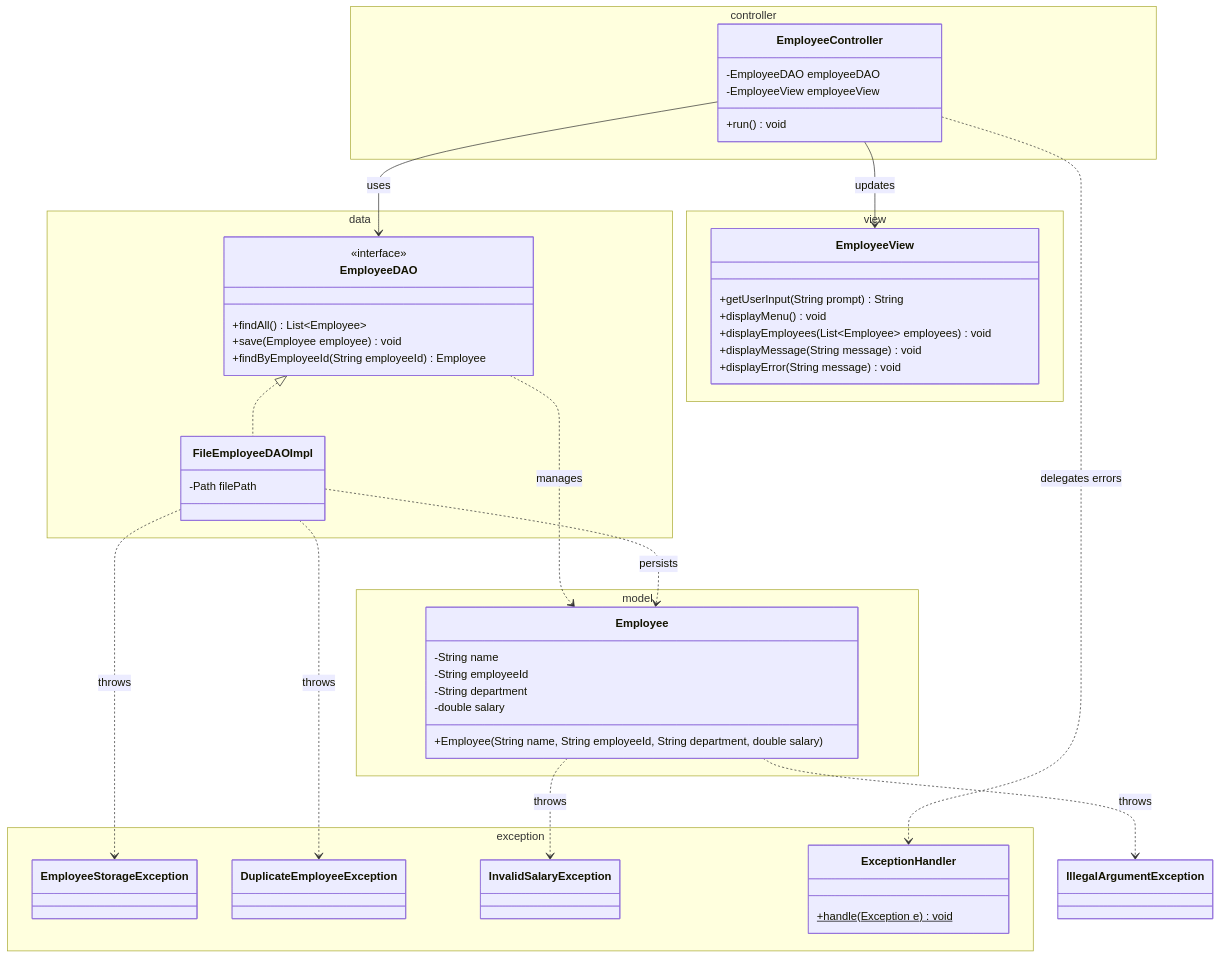
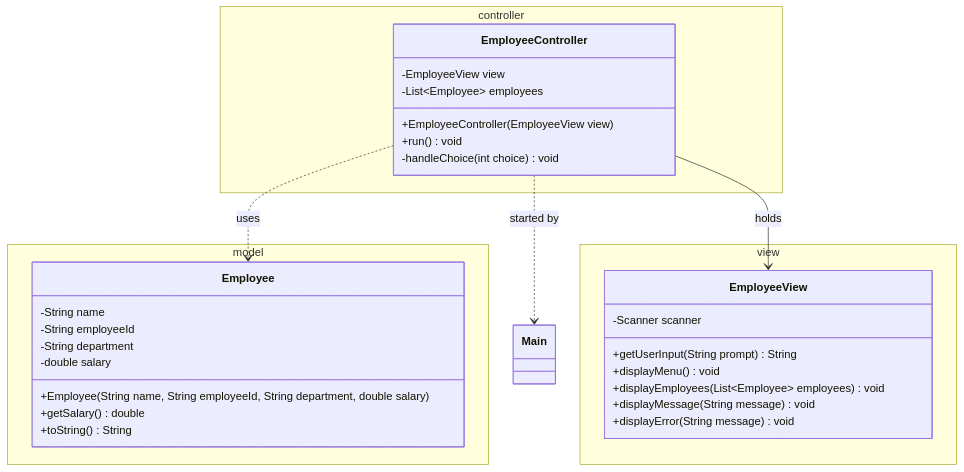
The second of 3 diagrams in Workshop_2_Employee_Management.md (ihabau/Lexicon_WS_Exception), drawn with Mermaid before and after one commit. The commit also changed other lines of this file and 1 other file, not shown here.

Commit message:
Docs: step 2 worksheet (Employee Mgmt) - MVC view+controller, flowcharts, 11 hints

````diff
--- a/Workshop_2_Employee_Management.md
+++ b/Workshop_2_Employee_Management.md
@@ -39,64 +77,39 @@
 ```mermaid
 classDiagram
     namespace model {
         class Employee {
             -String name
             -String employeeId
             -String department
             -double salary
             +Employee(String name, String employeeId, String department, double salary)
-        }
-    }
-
-    namespace data {
-        class EmployeeDAO {
-            <<interface>>
-            +findAll() List~Employee~
-            +save(Employee employee) void
-            +findByEmployeeId(String employeeId) Employee
-        }
-        class FileEmployeeDAOImpl {
-            -Path filePath
+            +getSalary() double
+            +toString() String
         }
     }
 
     namespace view {
         class EmployeeView {
+            -Scanner scanner
             +getUserInput(String prompt) String
             +displayMenu() void
             +displayEmployees(List~Employee~ employees) void
             +displayMessage(String message) void
             +displayError(String message) void
         }
     }
 
     namespace controller {
         class EmployeeController {
-            -EmployeeDAO employeeDAO
-            -EmployeeView employeeView
+            -EmployeeView view
+            -List~Employee~ employees
+            +EmployeeController(EmployeeView view)
             +run() void
+            -handleChoice(int choice) void
         }
     }
 
-    namespace exception {
-        class EmployeeStorageException { }
-        class DuplicateEmployeeException { }
-        class InvalidSalaryException { }
-        class ExceptionHandler {
-            +handle(Exception e)$ void
-        }
-    }
-
-    EmployeeDAO <|.. FileEmployeeDAOImpl
-    EmployeeController --> EmployeeDAO : uses
-    EmployeeController --> EmployeeView : updates
-    EmployeeController ..> ExceptionHandler : delegates errors
-
-    EmployeeDAO ..> Employee : manages
-    FileEmployeeDAOImpl ..> Employee : persists
-
-    Employee ..> IllegalArgumentException : throws
-    Employee ..> InvalidSalaryException : throws
-    FileEmployeeDAOImpl ..> EmployeeStorageException : throws
-    FileEmployeeDAOImpl ..> DuplicateEmployeeException : throws
+    EmployeeController --> EmployeeView : holds
+    EmployeeController ..> Employee : uses
+    EmployeeController ..> Main : started by
 ```
````
